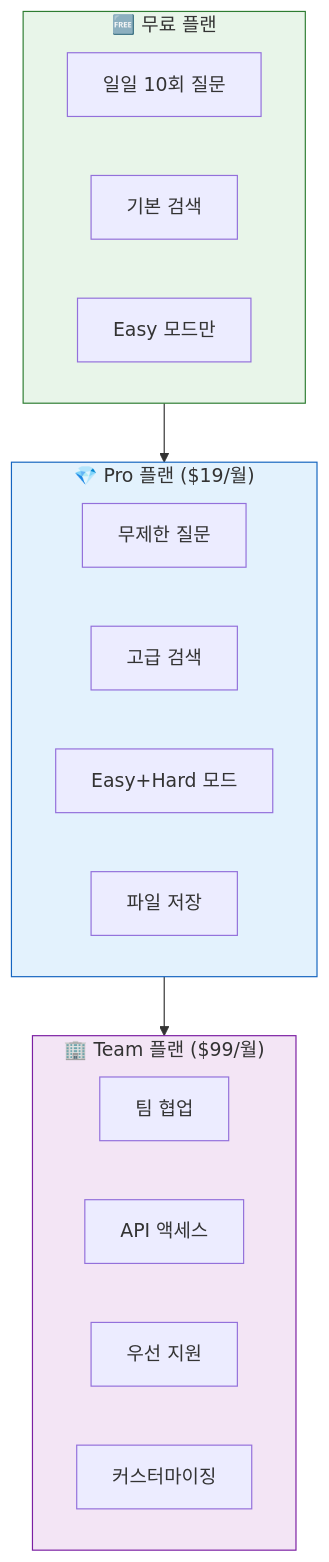
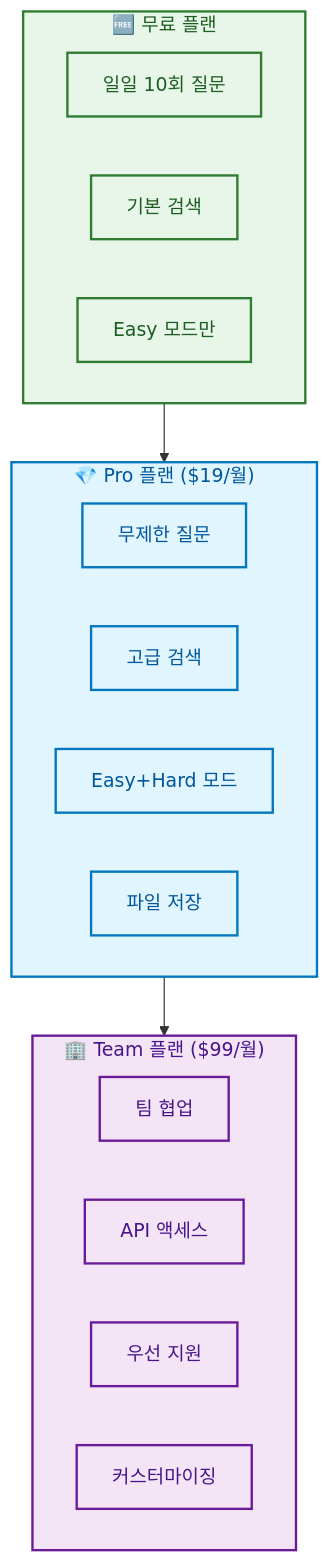
One commit to AIBootcamp14/langchainproject-new-langchainproject_5 changed the fourth of 6 diagrams in docs/PPT/06_향후_계획.md. Above: the diagram before and after it, drawn with Mermaid. The commit also changed other lines of this file and 5 other files, not shown here.

First line of the commit message:
style(docs): PPT 문서에 mermaid 스타일 가이드 적용

````diff
--- a/docs/PPT/06_향후_계획.md
+++ b/docs/PPT/06_향후_계획.md
@@ -208,28 +235,42 @@
 ```mermaid
 graph TB
     subgraph Free["🆓 무료 플랜"]
         F1[일일 10회 질문]
         F2[기본 검색]
         F3[Easy 모드만]
     end
 
     subgraph Pro["💎 Pro 플랜 ($19/월)"]
         P1[무제한 질문]
         P2[고급 검색]
         P3[Easy+Hard 모드]
         P4[파일 저장]
     end
 
     subgraph Team["🏢 Team 플랜 ($99/월)"]
         T1[팀 협업]
         T2[API 액세스]
         T3[우선 지원]
         T4[커스터마이징]
     end
 
     Free --> Pro --> Team
 
-    style Free fill:#e8f5e9,stroke:#2e7d32
-    style Pro fill:#e3f2fd,stroke:#1565c0
-    style Team fill:#f3e5f5,stroke:#7b1fa2
+    style Free fill:#e8f5e9,stroke:#2e7d32,stroke-width:2px,color:#1b5e20
+    style Pro fill:#e1f5ff,stroke:#0277bd,stroke-width:2px,color:#01579b
+    style Team fill:#f3e5f5,stroke:#6a1b9a,stroke-width:2px,color:#4a148c
+
+    style F1 fill:#e8f5e9,stroke:#2e7d32,stroke-width:2px,color:#1b5e20
+    style F2 fill:#e8f5e9,stroke:#2e7d32,stroke-width:2px,color:#1b5e20
+    style F3 fill:#e8f5e9,stroke:#2e7d32,stroke-width:2px,color:#1b5e20
+
+    style P1 fill:#e1f5ff,stroke:#0277bd,stroke-width:2px,color:#01579b
+    style P2 fill:#e1f5ff,stroke:#0277bd,stroke-width:2px,color:#01579b
+    style P3 fill:#e1f5ff,stroke:#0277bd,stroke-width:2px,color:#01579b
+    style P4 fill:#e1f5ff,stroke:#0277bd,stroke-width:2px,color:#01579b
+
+    style T1 fill:#f3e5f5,stroke:#6a1b9a,stroke-width:2px,color:#4a148c
+    style T2 fill:#f3e5f5,stroke:#6a1b9a,stroke-width:2px,color:#4a148c
+    style T3 fill:#f3e5f5,stroke:#6a1b9a,stroke-width:2px,color:#4a148c
+    style T4 fill:#f3e5f5,stroke:#6a1b9a,stroke-width:2px,color:#4a148c
 ```
````
